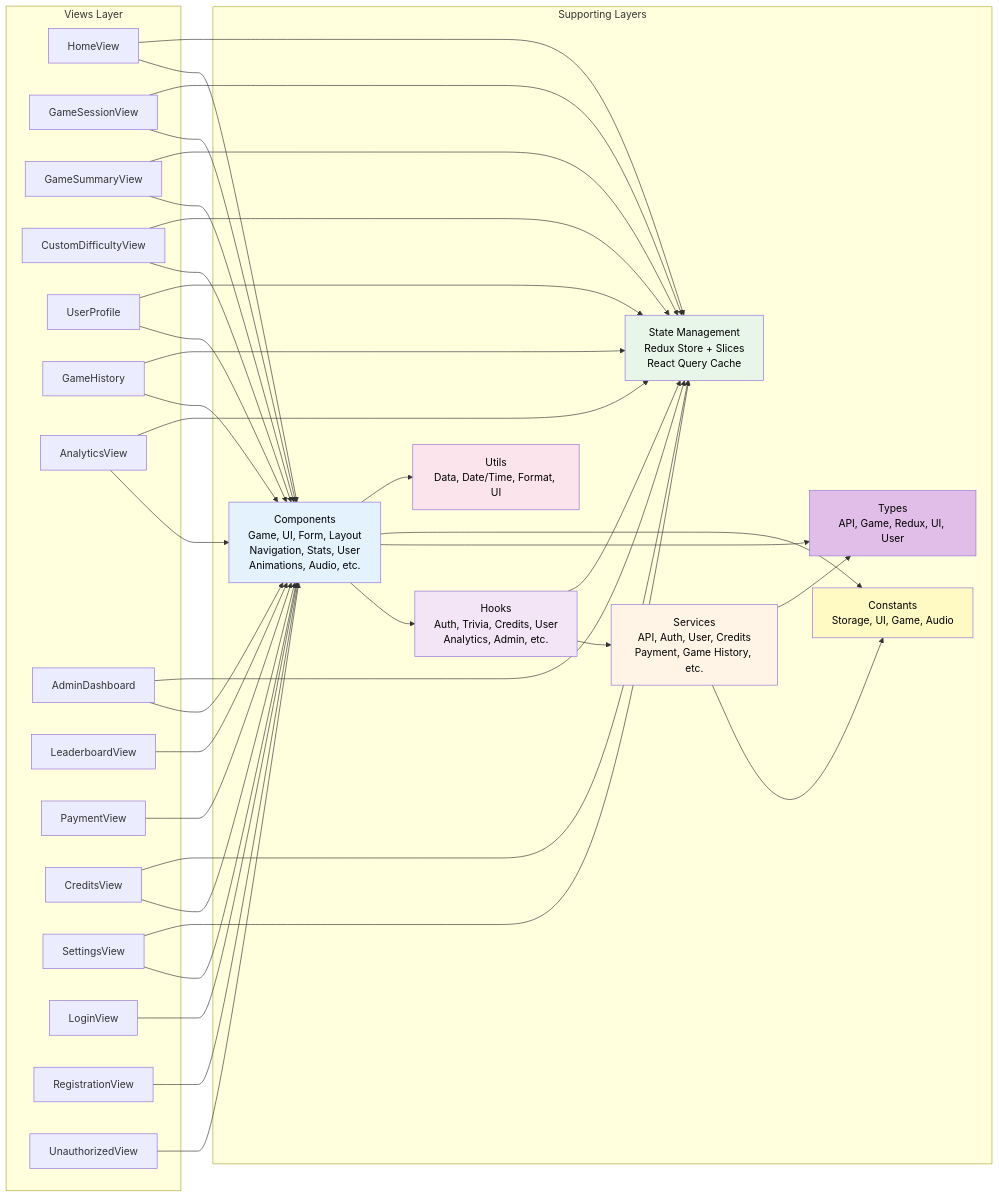
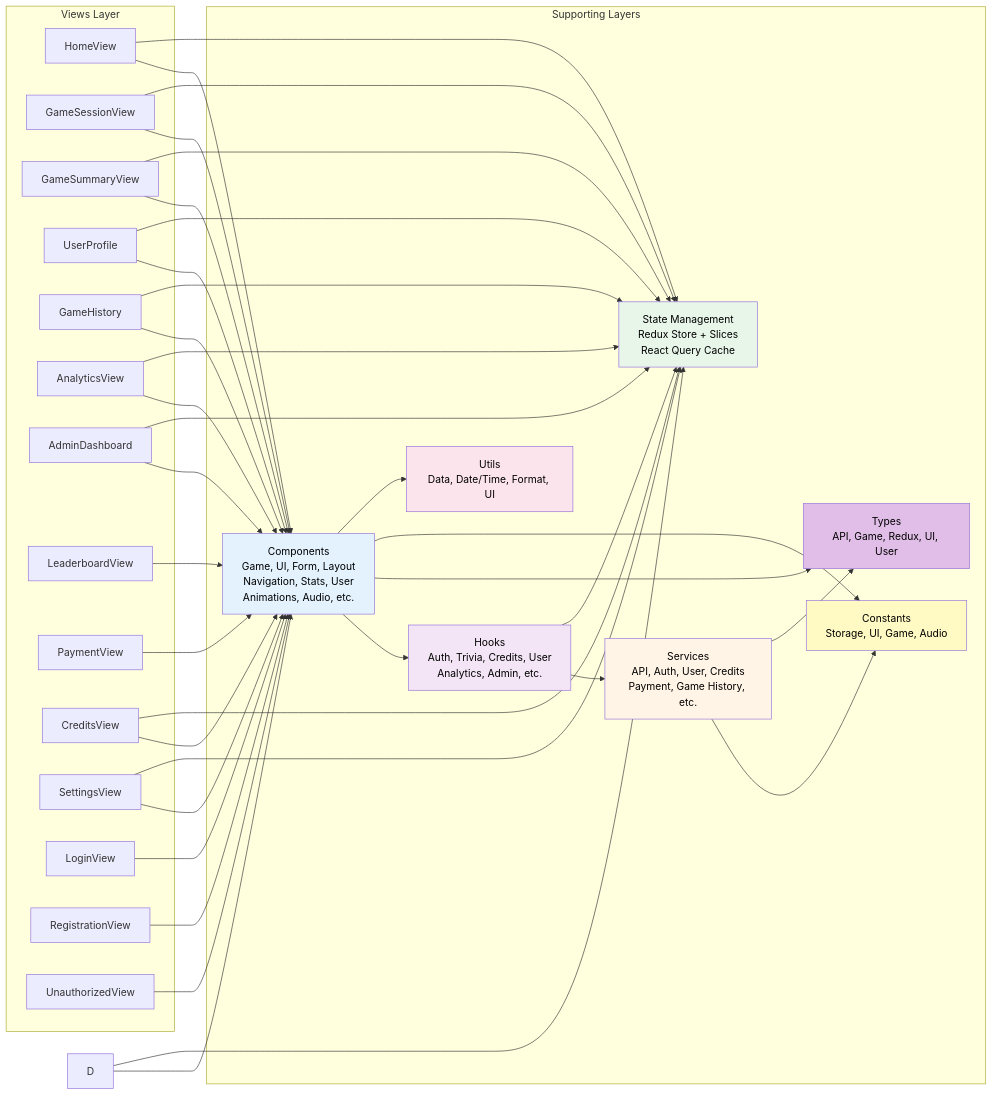
The seventh of 28 diagrams in docs/DIAGRAMS.md (IsraelRub/EveryTriv), drawn with Mermaid before and after one commit. The commit also changed other lines of this file and 789 other files, not shown here.

````diff
--- a/docs/DIAGRAMS.md
+++ b/docs/DIAGRAMS.md
@@ -544,74 +532,73 @@
 ```mermaid
 graph LR
     subgraph "Views Layer"
         A[HomeView]
         B[GameSessionView]
         C[GameSummaryView]
-        D[CustomDifficultyView]
         E[UserProfile]
         F[GameHistory]
         G[AnalyticsView]
         H[AdminDashboard]
         I[LeaderboardView]
         J[PaymentView]
         K[CreditsView]
         L[SettingsView]
         M[LoginView]
         N[RegistrationView]
         O[UnauthorizedView]
     end
 
     subgraph "Supporting Layers"
         COMP[Components<br/>Game, UI, Form, Layout<br/>Navigation, Stats, User<br/>Animations, Audio, etc.]
         STATE[State Management<br/>Redux Store + Slices<br/>React Query Cache]
         SERV[Services<br/>API, Auth, User, Credits<br/>Payment, Game History, etc.]
         HOOKS[Hooks<br/>Auth, Trivia, Credits, User<br/>Analytics, Admin, etc.]
         CONST[Constants<br/>Storage, UI, Game, Audio]
         TYPES[Types<br/>API, Game, Redux, UI, User]
         UTILS[Utils<br/>Data, Date/Time, Format, UI]
     end
 
     A --> COMP
     B --> COMP
     C --> COMP
     D --> COMP
     E --> COMP
     F --> COMP
     G --> COMP
     H --> COMP
     I --> COMP
     J --> COMP
     K --> COMP
     L --> COMP
     M --> COMP
     N --> COMP
     O --> COMP
 
     A --> STATE
     B --> STATE
     C --> STATE
     D --> STATE
     E --> STATE
     F --> STATE
     G --> STATE
     H --> STATE
     K --> STATE
     L --> STATE
 
     COMP --> HOOKS
     HOOKS --> SERV
     HOOKS --> STATE
     SERV --> CONST
     SERV --> TYPES
     COMP --> TYPES
     COMP --> CONST
     COMP --> UTILS
 
     style COMP fill:#e3f2fd,color:#000000
     style STATE fill:#e8f5e9,color:#000000
     style SERV fill:#fff4e6,color:#000000
     style HOOKS fill:#f3e5f5,color:#000000
     style CONST fill:#fff9c4,color:#000000
     style TYPES fill:#e1bee7,color:#000000
     style UTILS fill:#fce4ec,color:#000000
 ```
````
